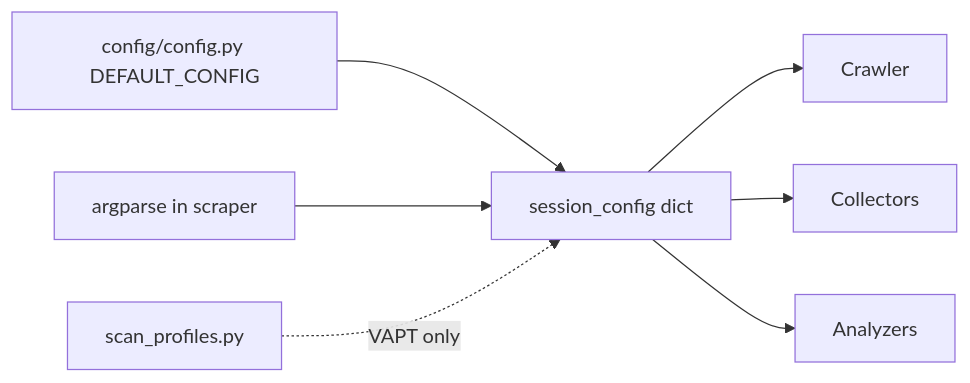
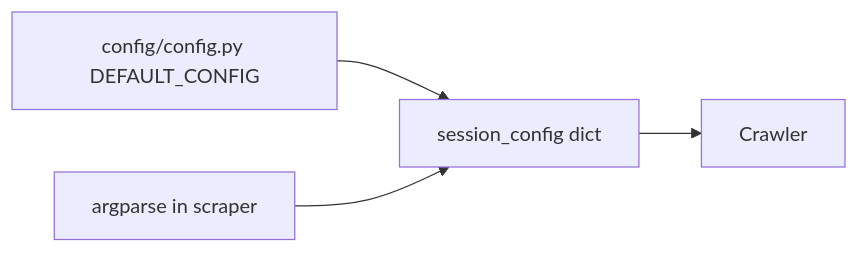
The fourth of 5 diagrams in docs/ARCHITECTURE.md (Shellghostt/WebVac), drawn with Mermaid before and after one commit. The commit also changed other lines of this file and 13 other files, not shown here.

First line of the commit message:
Refresh docs for the scrape-only product flow.

````diff
--- a/docs/ARCHITECTURE.md
+++ b/docs/ARCHITECTURE.md
@@ -179,9 +157,6 @@
 ```mermaid
 flowchart LR
   Defaults["config/config.py DEFAULT_CONFIG"] --> Session["session_config dict"]
   CLI["argparse in scraper"] --> Session
-  Profiles["scan_profiles.py"] -.->|VAPT only| Session
   Session --> Crawler
-  Session --> Collectors
-  Session --> Analyzers
 ```
````
